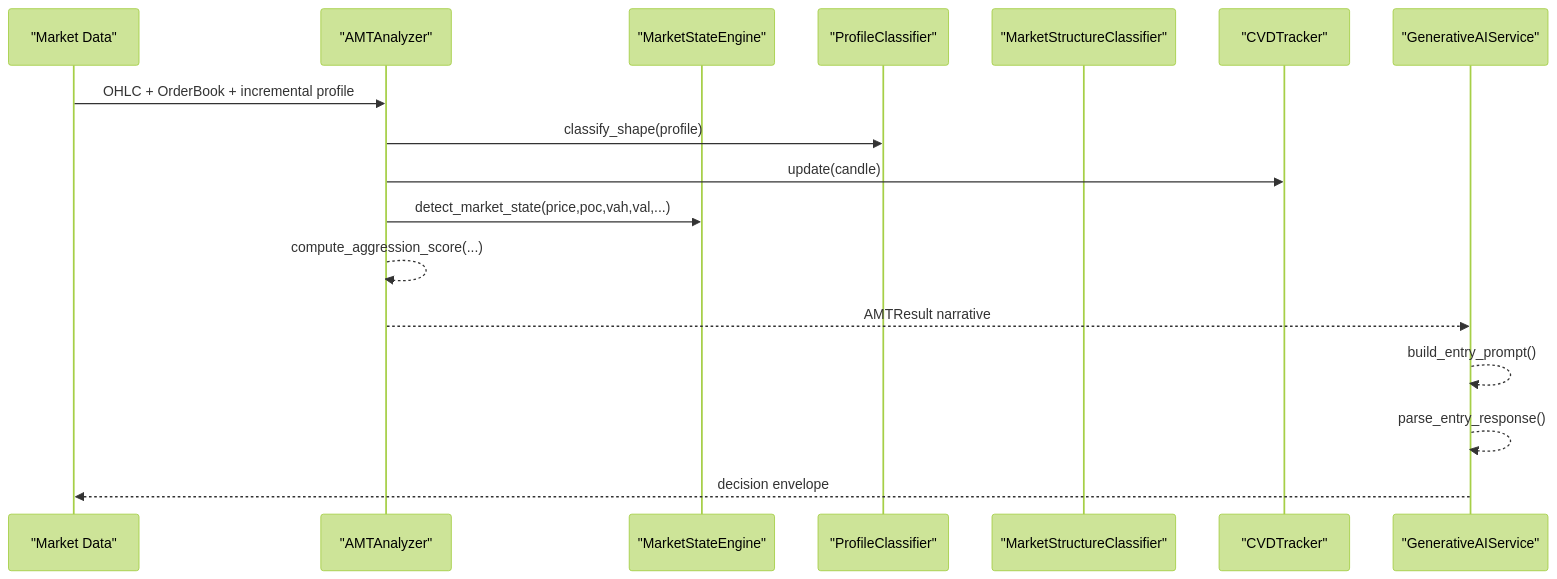
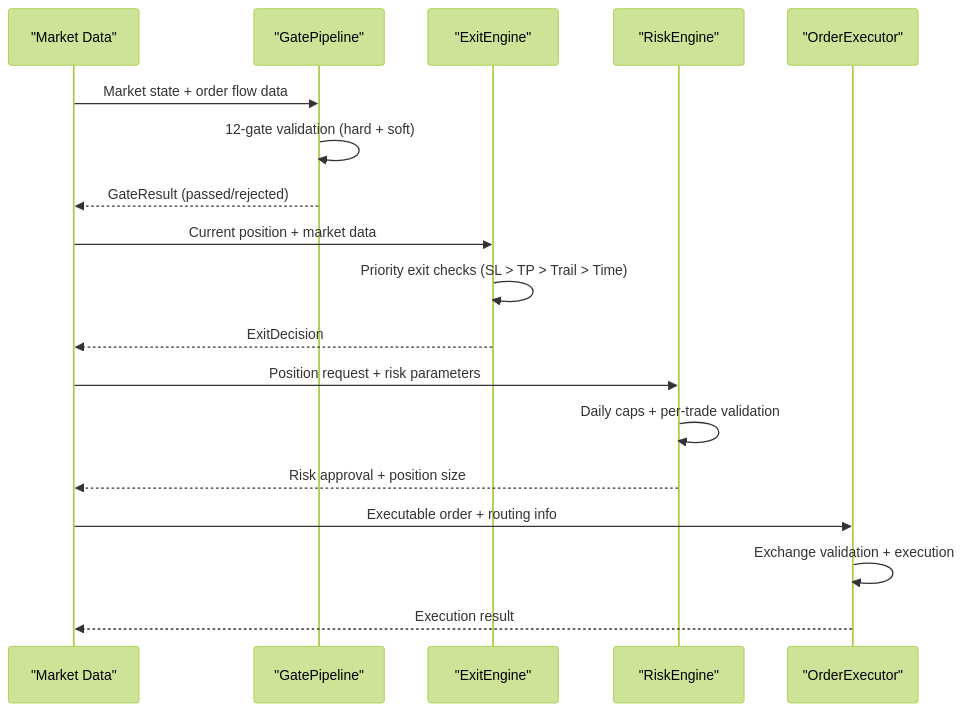
Before and after one commit to gemrajkhatry-maker/v5-of-glassytrade-ai: the second of 7 diagrams in .qoder/repowiki/en/content/Backend Application/Domain Services/Domain Services.md, drawn with Mermaid (forest theme). The commit also changed other lines of this file and 930 other files, not shown here.

````diff
--- a/.qoder/repowiki/en/content/Backend Application/Domain Services/Domain Services.md
+++ b/.qoder/repowiki/en/content/Backend Application/Domain Services/Domain Services.md
@@ -128,19 +232,20 @@
 ```mermaid
 sequenceDiagram
 participant Data as "Market Data"
-participant AMT as "AMTAnalyzer"
-participant MSE as "MarketStateEngine"
-participant PC as "ProfileClassifier"
-participant MSC as "MarketStructureClassifier"
-participant CVDT as "CVDTracker"
-participant GAIS as "GenerativeAIService"
-Data->>AMT : OHLC + OrderBook + incremental profile
-AMT->>PC : classify_shape(profile)
-AMT->>CVDT : update(candle)
-AMT->>MSE : detect_market_state(price,poc,vah,val,...)
-AMT-->>AMT : compute_aggression_score(...)
-AMT-->>GAIS : AMTResult narrative
-GAIS-->>GAIS : build_entry_prompt()
-GAIS-->>GAIS : parse_entry_response()
-GAIS-->>Data : decision envelope
+participant GP as "GatePipeline"
+participant EE as "ExitEngine"
+participant RE as "RiskEngine"
+participant OE as "OrderExecutor"
+Data->>GP : Market state + order flow data
+GP->>GP : 12-gate validation (hard + soft)
+GP-->>Data : GateResult (passed/rejected)
+Data->>EE : Current position + market data
+EE->>EE : Priority exit checks (SL > TP > Trail > Time)
+EE-->>Data : ExitDecision
+Data->>RE : Position request + risk parameters
+RE->>RE : Daily caps + per-trade validation
+RE-->>Data : Risk approval + position size
+Data->>OE : Executable order + routing info
+OE->>OE : Exchange validation + execution
+OE-->>Data : Execution result
 ```
````
